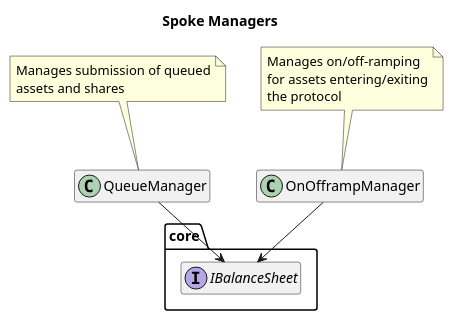
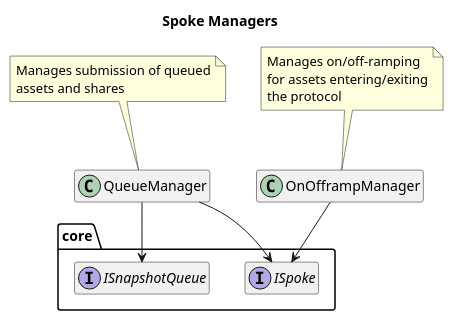
One commit to centrifuge/protocol changed the diagram in docs/architecture/managers/spoke-managers.puml. Above: the diagram before and after it, drawn with PlantUML. The commit also changed 111 other files, not shown here.

```diff
--- a/docs/architecture/managers/spoke-managers.puml
+++ b/docs/architecture/managers/spoke-managers.puml
@@ -1,23 +1,25 @@
 @startuml spoke-managers
 title Spoke Managers
 hide empty members
 
 package core {
-    interface IBalanceSheet
+    interface ISpoke
+    interface ISnapshotQueue
 }
 
-OnOfframpManager --> IBalanceSheet
-QueueManager --> IBalanceSheet
+OnOfframpManager --> ISpoke
+QueueManager --> ISpoke
+QueueManager --> ISnapshotQueue
 
 note top of OnOfframpManager
   Manages on/off-ramping
   for assets entering/exiting
   the protocol
 end note
 
 note top of QueueManager
   Manages submission of queued
   assets and shares
 end note
 
 @enduml
```
